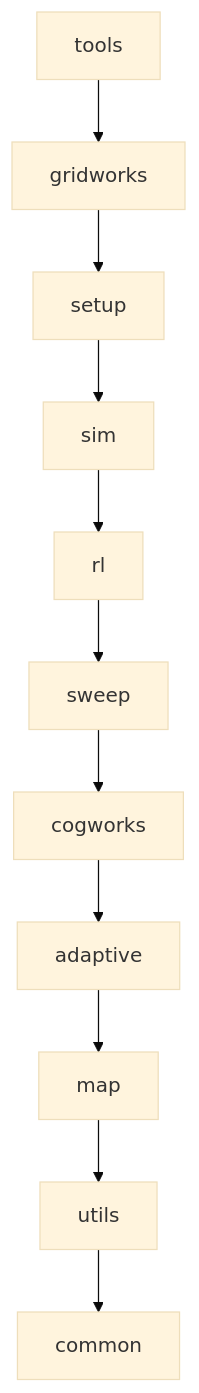
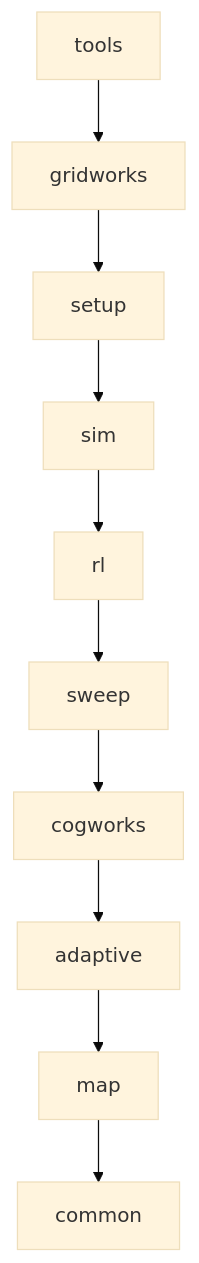
Before and after one commit to Metta-AI/metta: the diagram in README.md, drawn with Mermaid (base theme).

Commit message:
clean up dependency branch

````diff
--- a/README.md
+++ b/README.md
@@ -146,24 +146,22 @@
 ```mermaid
 graph TD
     tools[tools]
     gridworks[gridworks]
     setup[setup]
     sim[sim]
     rl[rl]
     sweep[sweep]
     cogworks[cogworks]
     adaptive[adaptive]
     map[map]
-    utils[utils]
     common[common]
     tools --> gridworks
     gridworks --> setup
     setup --> sim
     sim --> rl
     rl --> sweep
     sweep --> cogworks
     cogworks --> adaptive
     adaptive --> map
-    map --> utils
-    utils --> common
+    map --> common
 ```
````
